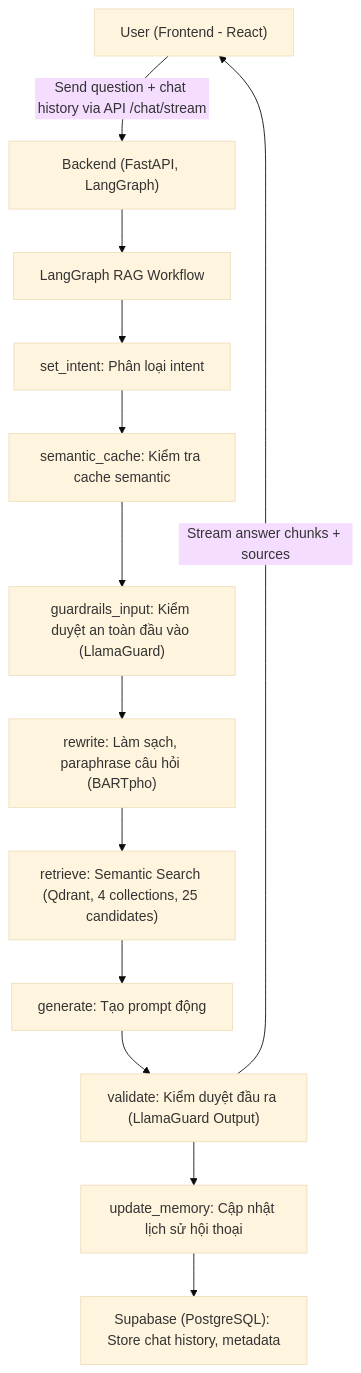
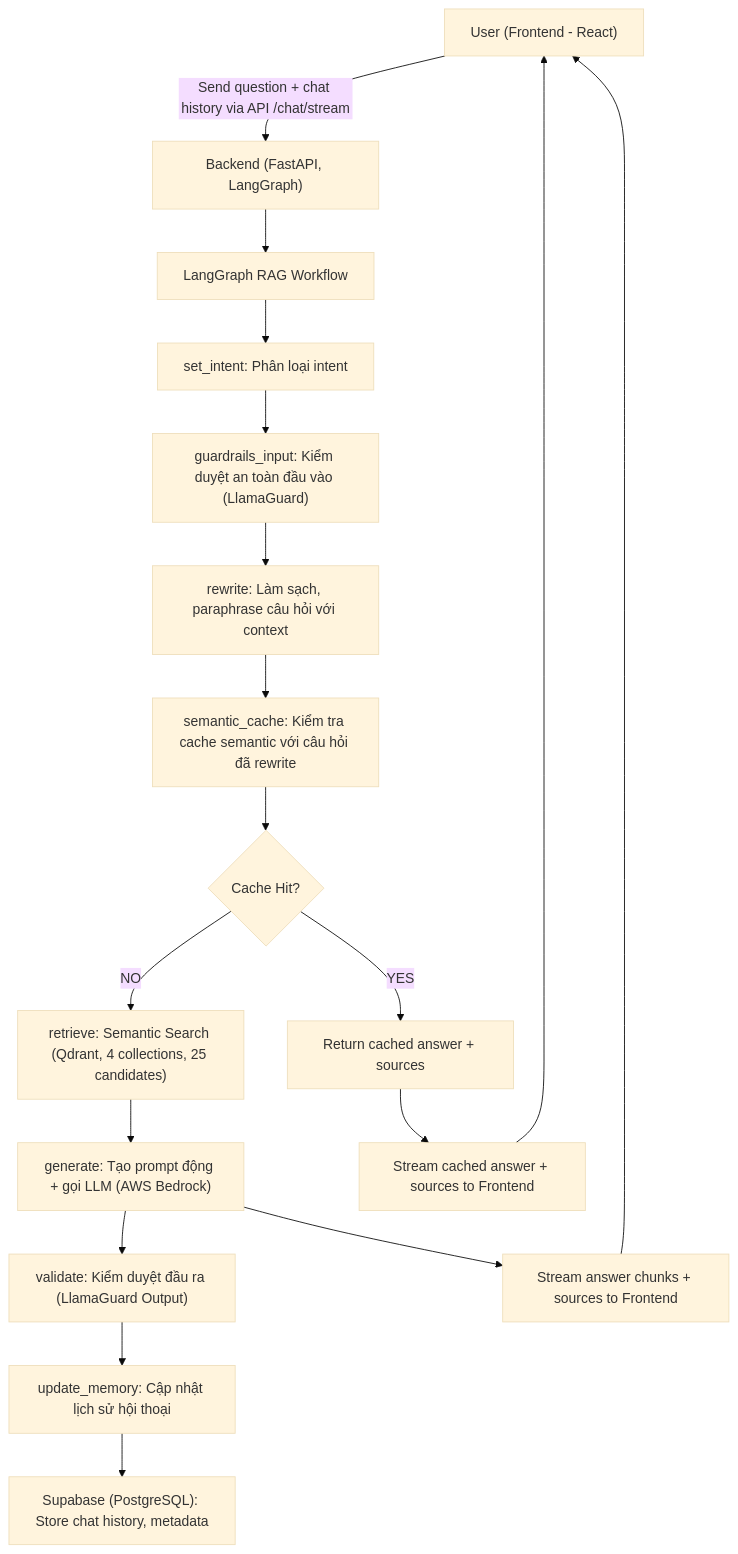
Before and after one commit to tuananhne1110/Cutru_chatbot: the first of 2 diagrams in docs/Workflow.md, drawn with Mermaid (base theme). The commit also changed other lines of this file and 1 other file, not shown here.

````diff
--- a/docs/Workflow.md
+++ b/docs/Workflow.md
@@ -4,15 +4,24 @@
 ```mermaid
 graph TD;
   A["User (Frontend - React)"] -->|"Send question + chat history via API /chat/stream"| B["Backend (FastAPI, LangGraph)"]
   B --> C0["LangGraph RAG Workflow"]
   C0 --> C1["set_intent: Phân loại intent"]
-  C1 --> C2["semantic_cache: Kiểm tra cache semantic"]
-  C2 --> C3["guardrails_input: Kiểm duyệt an toàn đầu vào (LlamaGuard)"]
-  C3 --> C4["rewrite: Làm sạch, paraphrase câu hỏi (BARTpho)"]
-  C4 --> C5["retrieve: Semantic Search (Qdrant, 4 collections, 25 candidates)"]
-  C5 --> C6["generate: Tạo prompt động"]
-  C6 --> C7["validate: Kiểm duyệt đầu ra (LlamaGuard Output)"]
-  C7 --> C8["update_memory: Cập nhật lịch sử hội thoại"]
-  C8 --> D["Supabase (PostgreSQL): Store chat history, metadata"]
-  C7 -->|"Stream answer chunks + sources"| A
+  C1 --> C2["guardrails_input: Kiểm duyệt an toàn đầu vào (LlamaGuard)"]
+  C2 --> C3["rewrite: Làm sạch, paraphrase câu hỏi với context"]
+  C3 --> C4["semantic_cache: Kiểm tra cache semantic với câu hỏi đã rewrite"]
+  
+  C4 --> C5{Cache Hit?}
+  C5 -->|YES| C6["Return cached answer + sources"]
+  C5 -->|NO| C7["retrieve: Semantic Search (Qdrant, 4 collections, 25 candidates)"]
+  
+  C7 --> C8["generate: Tạo prompt động + gọi LLM (AWS Bedrock)"]
+  C8 --> C9["validate: Kiểm duyệt đầu ra (LlamaGuard Output)"]
+  C9 --> C10["update_memory: Cập nhật lịch sử hội thoại"]
+  C10 --> D["Supabase (PostgreSQL): Store chat history, metadata"]
+  
+  C6 --> E["Stream cached answer + sources to Frontend"]
+  C8 --> F["Stream answer chunks + sources to Frontend"]
+  
+  E --> A
+  F --> A
 ```
````
